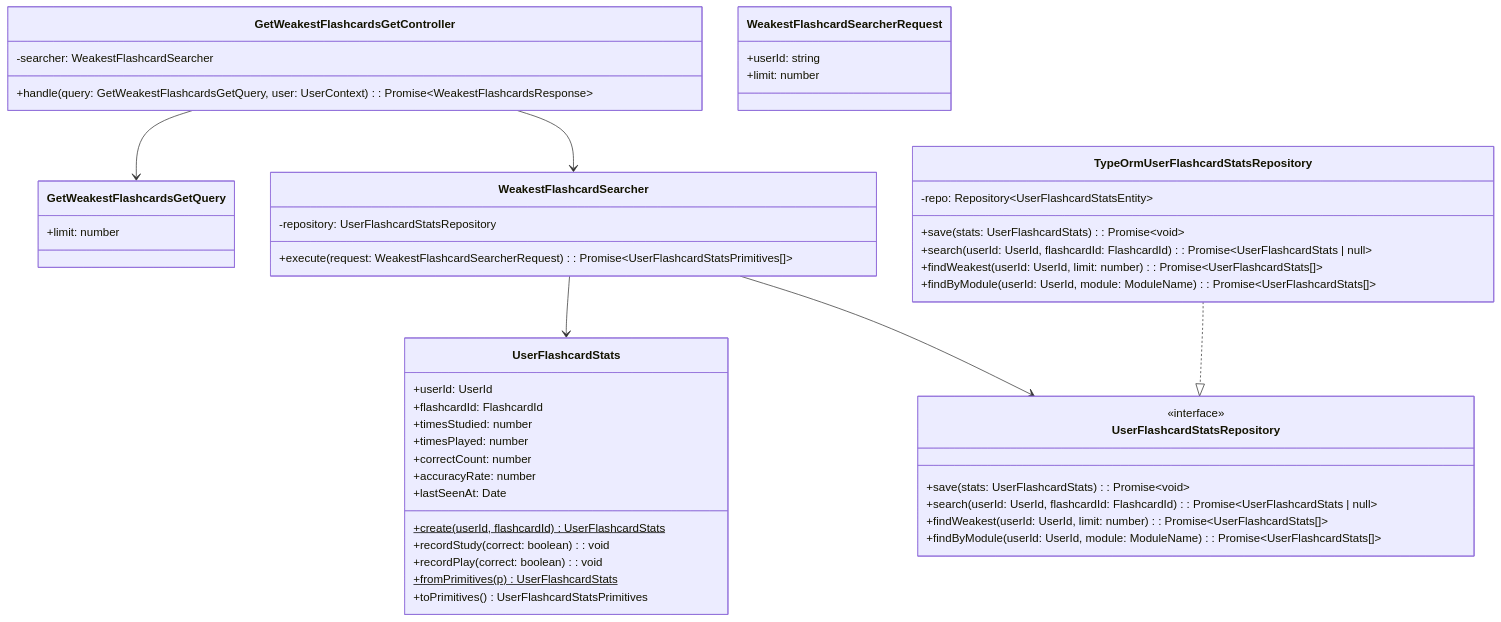
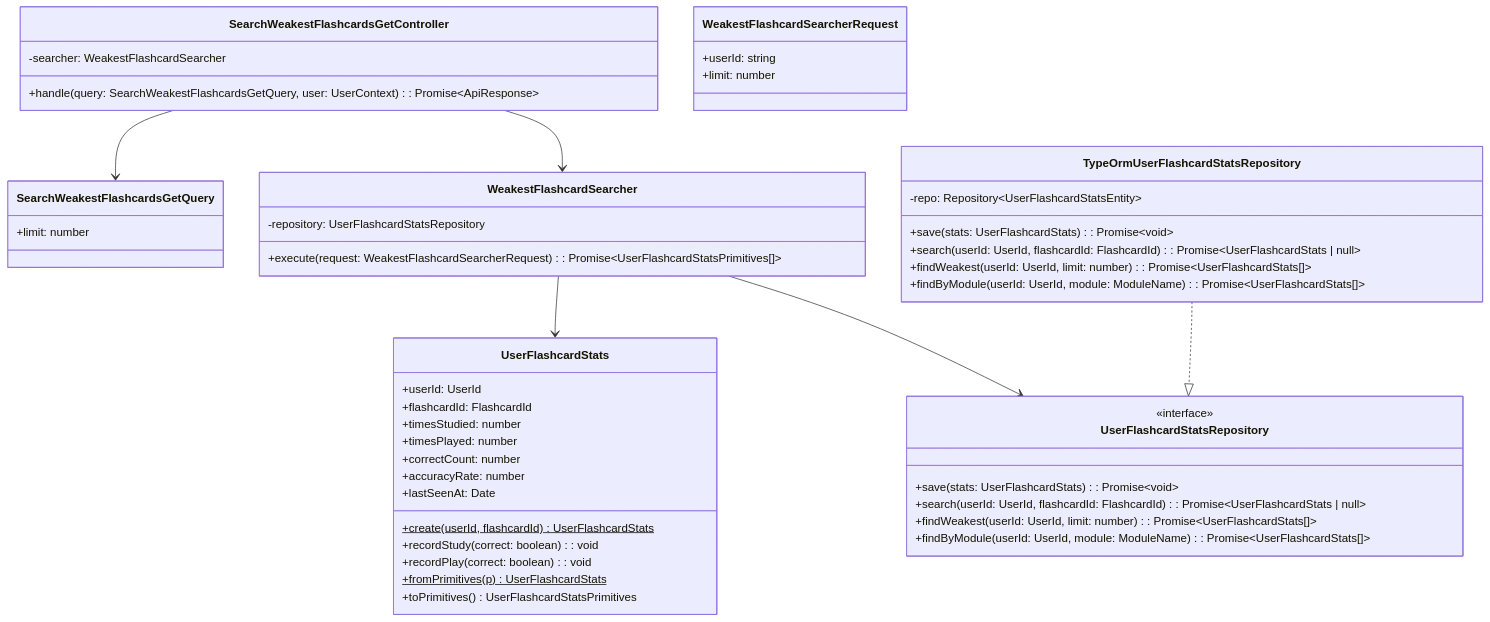
The diagram in docs/apps/api/progress/weakest-flashcards/classes.md (AbrahamVilchesDeLaCruz/ididntcatchthat), drawn with Mermaid before and after one commit. The commit also changed 7 other files, not shown here.

````diff
--- a/docs/apps/api/progress/weakest-flashcards/classes.md
+++ b/docs/apps/api/progress/weakest-flashcards/classes.md
@@ -3,58 +3,58 @@
 ```mermaid
 classDiagram
-    class GetWeakestFlashcardsGetController {
+    class SearchWeakestFlashcardsGetController {
         -searcher: WeakestFlashcardSearcher
-        +handle(query: GetWeakestFlashcardsGetQuery, user: UserContext): Promise~WeakestFlashcardsResponse~
+        +handle(query: SearchWeakestFlashcardsGetQuery, user: UserContext): Promise~ApiResponse~
     }
 
-    class GetWeakestFlashcardsGetQuery {
+    class SearchWeakestFlashcardsGetQuery {
         +limit: number
     }
 
     class WeakestFlashcardSearcher {
         -repository: UserFlashcardStatsRepository
         +execute(request: WeakestFlashcardSearcherRequest): Promise~UserFlashcardStatsPrimitives[]~
     }
 
     class WeakestFlashcardSearcherRequest {
         +userId: string
         +limit: number
     }
 
     class UserFlashcardStats {
         +userId: UserId
         +flashcardId: FlashcardId
         +timesStudied: number
         +timesPlayed: number
         +correctCount: number
         +accuracyRate: number
         +lastSeenAt: Date
         +create(userId, flashcardId)$ UserFlashcardStats
         +recordStudy(correct: boolean): void
         +recordPlay(correct: boolean): void
         +fromPrimitives(p)$ UserFlashcardStats
         +toPrimitives() UserFlashcardStatsPrimitives
     }
 
     class UserFlashcardStatsRepository {
         <<interface>>
         +save(stats: UserFlashcardStats): Promise~void~
         +search(userId: UserId, flashcardId: FlashcardId): Promise~UserFlashcardStats | null~
         +findWeakest(userId: UserId, limit: number): Promise~UserFlashcardStats[]~
         +findByModule(userId: UserId, module: ModuleName): Promise~UserFlashcardStats[]~
     }
 
     class TypeOrmUserFlashcardStatsRepository {
         -repo: Repository~UserFlashcardStatsEntity~
         +save(stats: UserFlashcardStats): Promise~void~
         +search(userId: UserId, flashcardId: FlashcardId): Promise~UserFlashcardStats | null~
         +findWeakest(userId: UserId, limit: number): Promise~UserFlashcardStats[]~
         +findByModule(userId: UserId, module: ModuleName): Promise~UserFlashcardStats[]~
     }
 
-    GetWeakestFlashcardsGetController --> WeakestFlashcardSearcher
-    GetWeakestFlashcardsGetController --> GetWeakestFlashcardsGetQuery
+    SearchWeakestFlashcardsGetController --> WeakestFlashcardSearcher
+    SearchWeakestFlashcardsGetController --> SearchWeakestFlashcardsGetQuery
     WeakestFlashcardSearcher --> UserFlashcardStatsRepository
     WeakestFlashcardSearcher --> UserFlashcardStats
     TypeOrmUserFlashcardStatsRepository ..|> UserFlashcardStatsRepository
 ```
````
